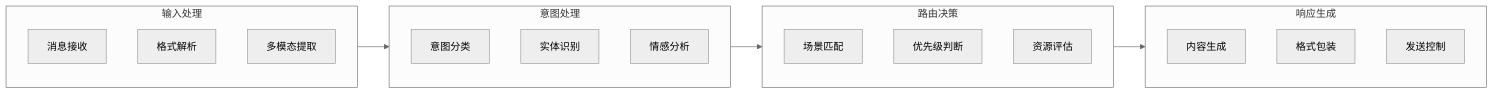
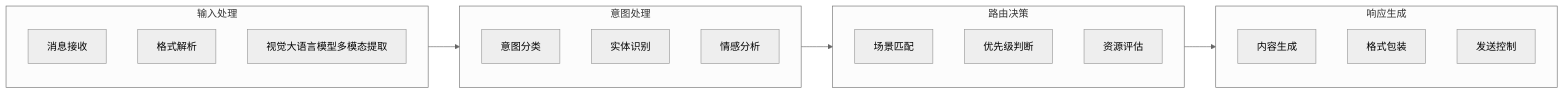
The second of 7 diagrams in docs/design.md (lukelzlz/xiaoyou), drawn with Mermaid (neutral theme) before and after one commit. The commit also changed other lines of this file and 33 other files, not shown here.

````diff
--- a/docs/design.md
+++ b/docs/design.md
@@ -174,30 +174,30 @@
 ```mermaid
 flowchart LR
     subgraph 输入处理
         A1[消息接收]
         A2[格式解析]
-        A3[多模态提取]
+        A3[视觉大语言模型多模态提取]
     end
 
     subgraph 意图处理
         B1[意图分类]
         B2[实体识别]
         B3[情感分析]
     end
 
     subgraph 路由决策
         C1[场景匹配]
         C2[优先级判断]
         C3[资源评估]
     end
 
     subgraph 响应生成
         D1[内容生成]
         D2[格式包装]
         D3[发送控制]
     end
 
     输入处理 --> 意图处理
     意图处理 --> 路由决策
     路由决策 --> 响应生成
 ```
````
